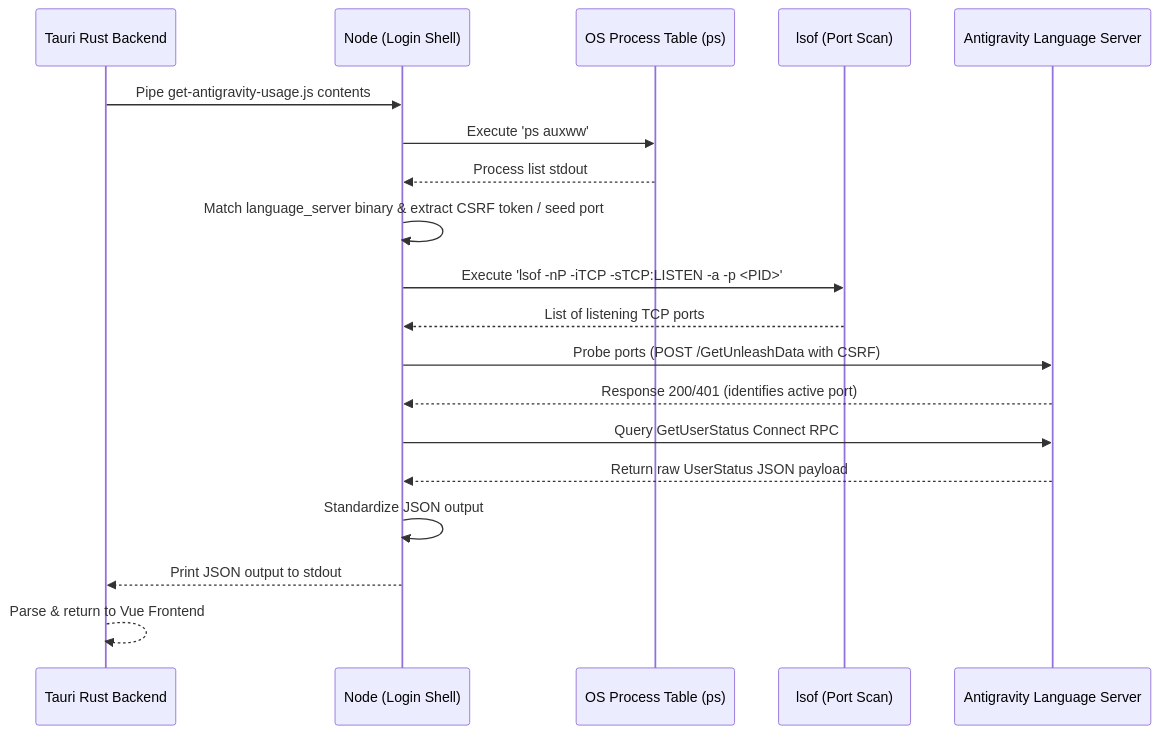
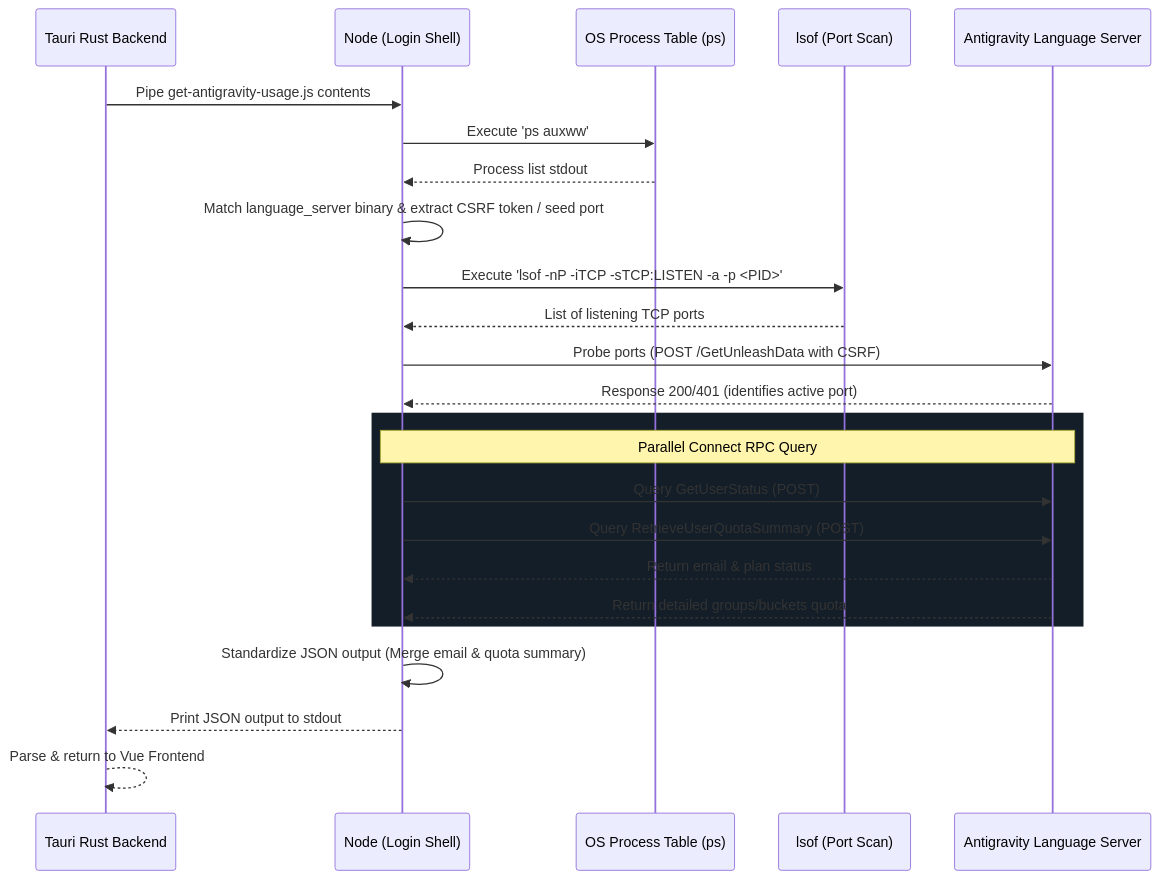
Before and after one commit to lacvietanh/aki-dev-sync: the diagram in docs/arch/usage-antigravity.md, drawn with Mermaid. The commit also changed other lines of this file and 14 other files, not shown here.

````diff
--- a/docs/arch/usage-antigravity.md
+++ b/docs/arch/usage-antigravity.md
@@ -15,22 +15,29 @@
 ```mermaid
 sequenceDiagram
     participant Rust as Tauri Rust Backend
     participant Node as Node (Login Shell)
     participant OS as OS Process Table (ps)
     participant LSOF as lsof (Port Scan)
     participant AG as Antigravity Language Server
     
     Rust->>Node: Pipe get-antigravity-usage.js contents
     Node->>OS: Execute 'ps auxww'
     OS-->>Node: Process list stdout
     Node->>Node: Match language_server binary & extract CSRF token / seed port
     Node->>LSOF: Execute 'lsof -nP -iTCP -sTCP:LISTEN -a -p <PID>'
     LSOF-->>Node: List of listening TCP ports
     Node->>AG: Probe ports (POST /GetUnleashData with CSRF)
     AG-->>Node: Response 200/401 (identifies active port)
-    Node->>AG: Query GetUserStatus Connect RPC
-    AG-->>Node: Return raw UserStatus JSON payload
-    Node->>Node: Standardize JSON output
+    
+    rect rgb(20, 30, 40)
+        Note over Node,AG: Parallel Connect RPC Query
+        Node->>AG: Query GetUserStatus (POST)
+        Node->>AG: Query RetrieveUserQuotaSummary (POST)
+        AG-->>Node: Return email & plan status
+        AG-->>Node: Return detailed groups/buckets quota
+    end
+
+    Node->>Node: Standardize JSON output (Merge email & quota summary)
     Node-->>Rust: Print JSON output to stdout
     Rust-->>Rust: Parse & return to Vue Frontend
 ```
````
